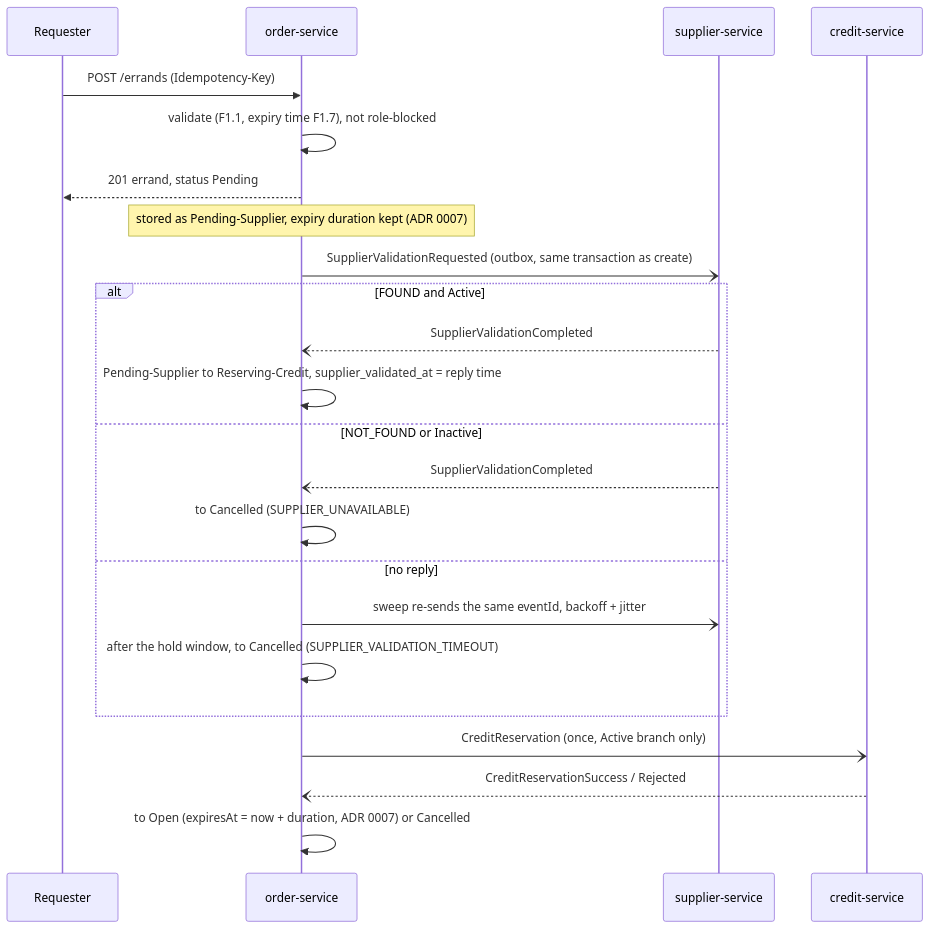
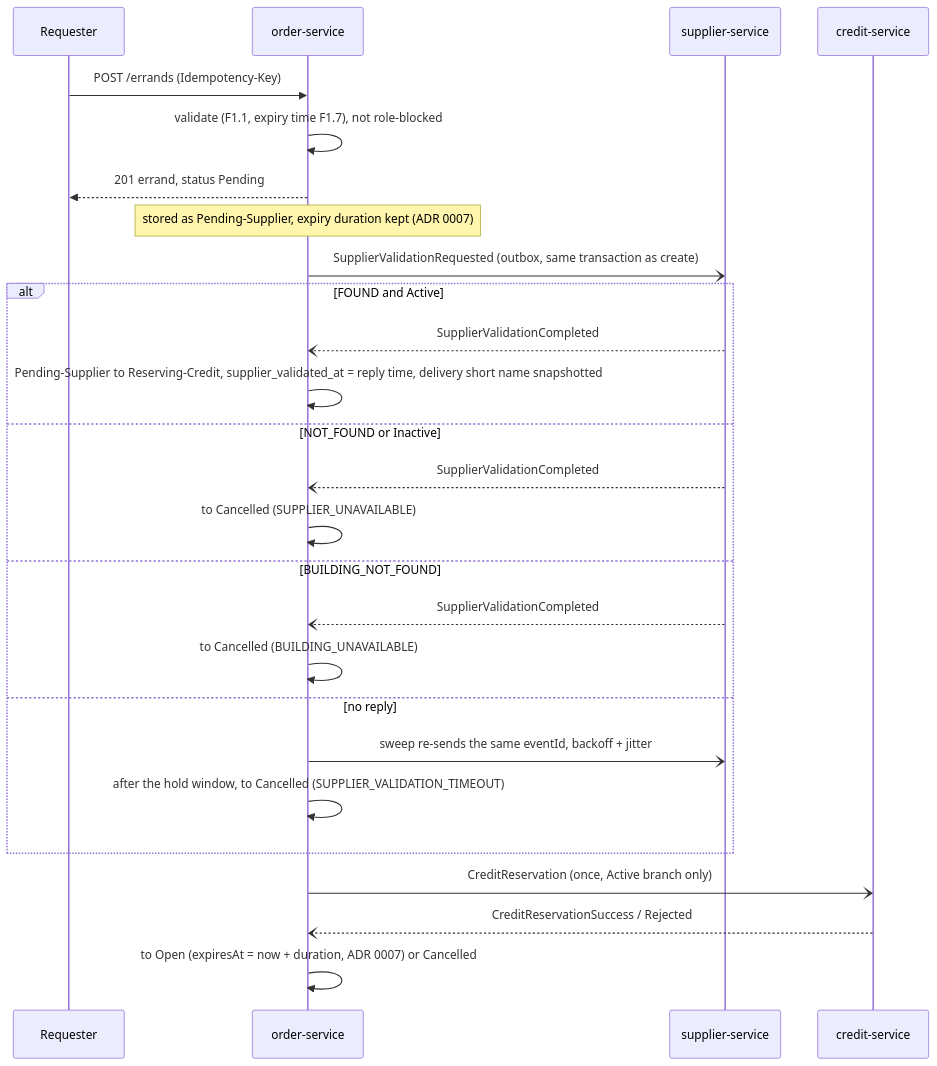
The fourth of 4 diagrams in order-service/ARCHITECTURE.md (AY2627S1-CS3219-P27/FoC), drawn with Mermaid before and after one commit. The commit also changed other lines of this file and 2 other files, not shown here.

````diff
--- a/order-service/ARCHITECTURE.md
+++ b/order-service/ARCHITECTURE.md
@@ -236,25 +236,28 @@
 ```mermaid
 sequenceDiagram
   participant R as Requester
   participant O as order-service
   participant S as supplier-service
   participant K as credit-service
   R->>O: POST /errands (Idempotency-Key)
   O->>O: validate (F1.1, expiry time F1.7), not role-blocked
   O-->>R: 201 errand, status Pending
   Note over O: stored as Pending-Supplier, expiry duration kept (ADR 0007)
   O-)S: SupplierValidationRequested (outbox, same transaction as create)
   alt FOUND and Active
     S--)O: SupplierValidationCompleted
-    O->>O: Pending-Supplier to Reserving-Credit, supplier_validated_at = reply time
+    O->>O: Pending-Supplier to Reserving-Credit, supplier_validated_at = reply time, delivery short name snapshotted
   else NOT_FOUND or Inactive
     S--)O: SupplierValidationCompleted
     O->>O: to Cancelled (SUPPLIER_UNAVAILABLE)
+  else BUILDING_NOT_FOUND
+    S--)O: SupplierValidationCompleted
+    O->>O: to Cancelled (BUILDING_UNAVAILABLE)
   else no reply
     O-)S: sweep re-sends the same eventId, backoff + jitter
     O->>O: after the hold window, to Cancelled (SUPPLIER_VALIDATION_TIMEOUT)
   end
   O-)K: CreditReservation (once, Active branch only)
   K--)O: CreditReservationSuccess / Rejected
   O->>O: to Open (expiresAt = now + duration, ADR 0007) or Cancelled
 ```
````
